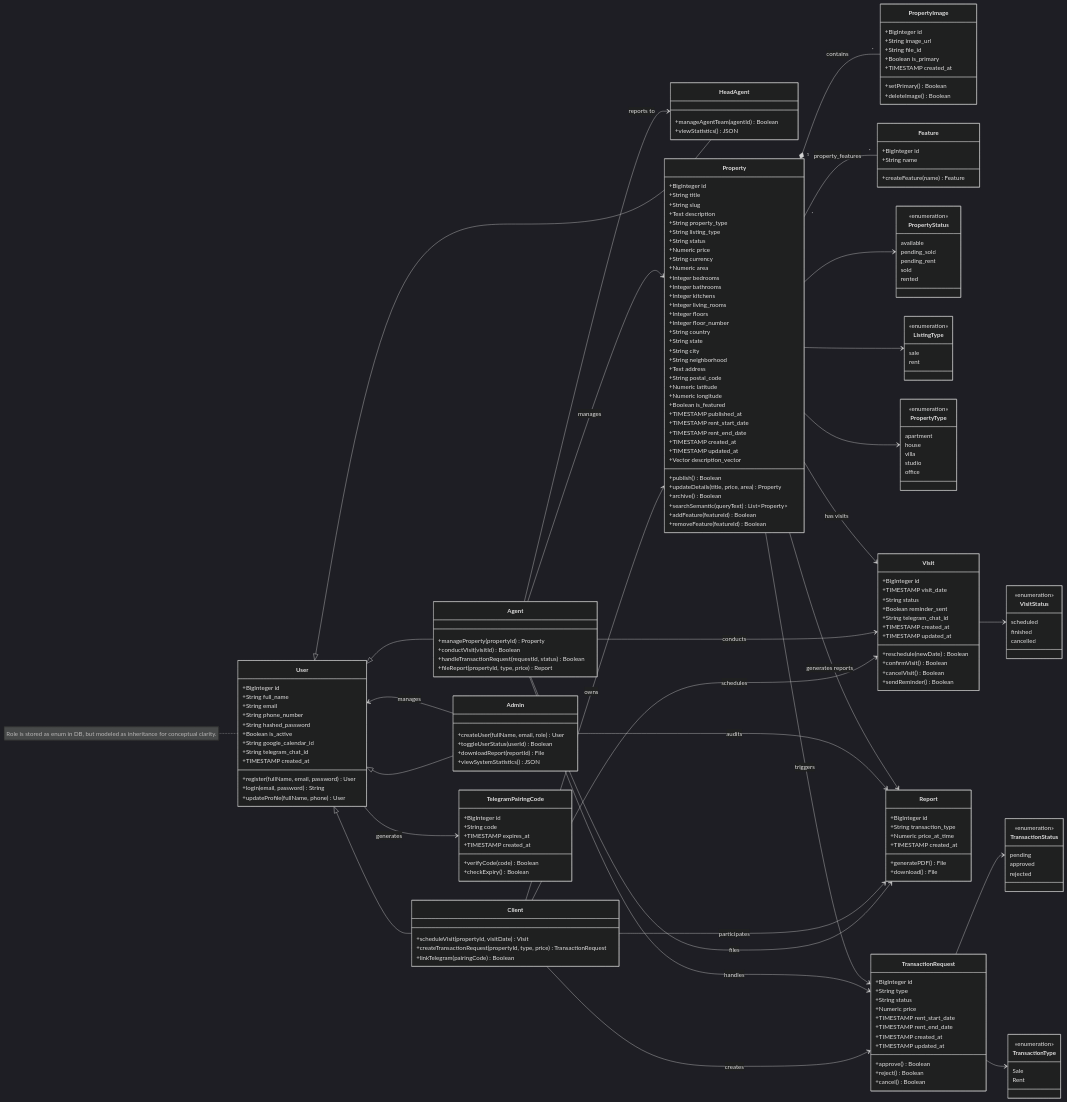
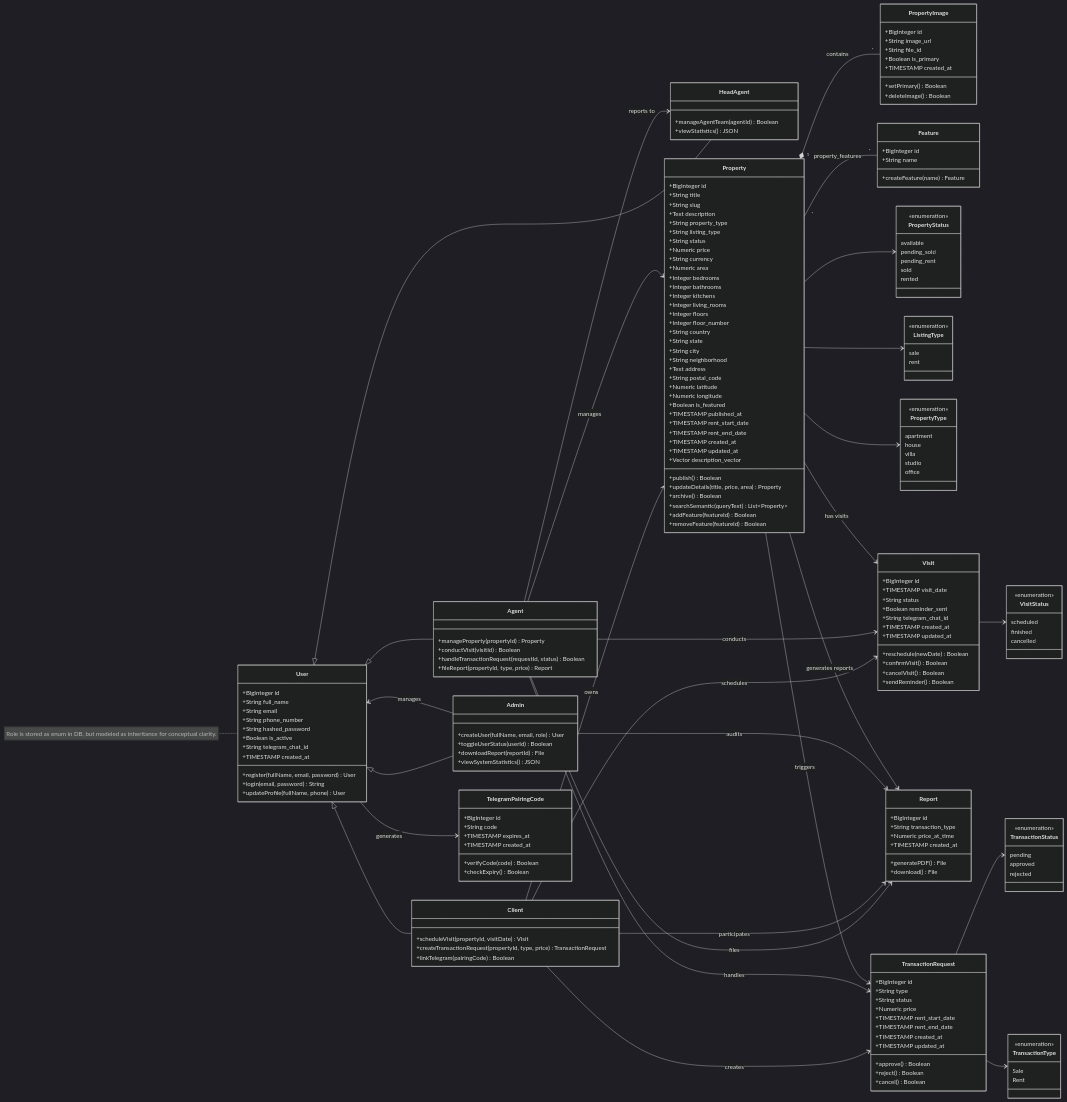
Before and after one commit to israhadjhassine/Graduation-Project-real-estate-automation: the diagram in docs/class_diagram.md, drawn with Mermaid (dark theme). The commit also changed 13 other files, not shown here.

Commit message:
Google Calendar Removal

```diff
--- a/docs/class_diagram.md
+++ b/docs/class_diagram.md
@@ -26,7 +26,6 @@
         +String phone_number
         +String hashed_password
         +Boolean is_active
-        +String google_calendar_id
         +String telegram_chat_id
         +TIMESTAMP created_at
         +register(fullName, email, password) User
```
